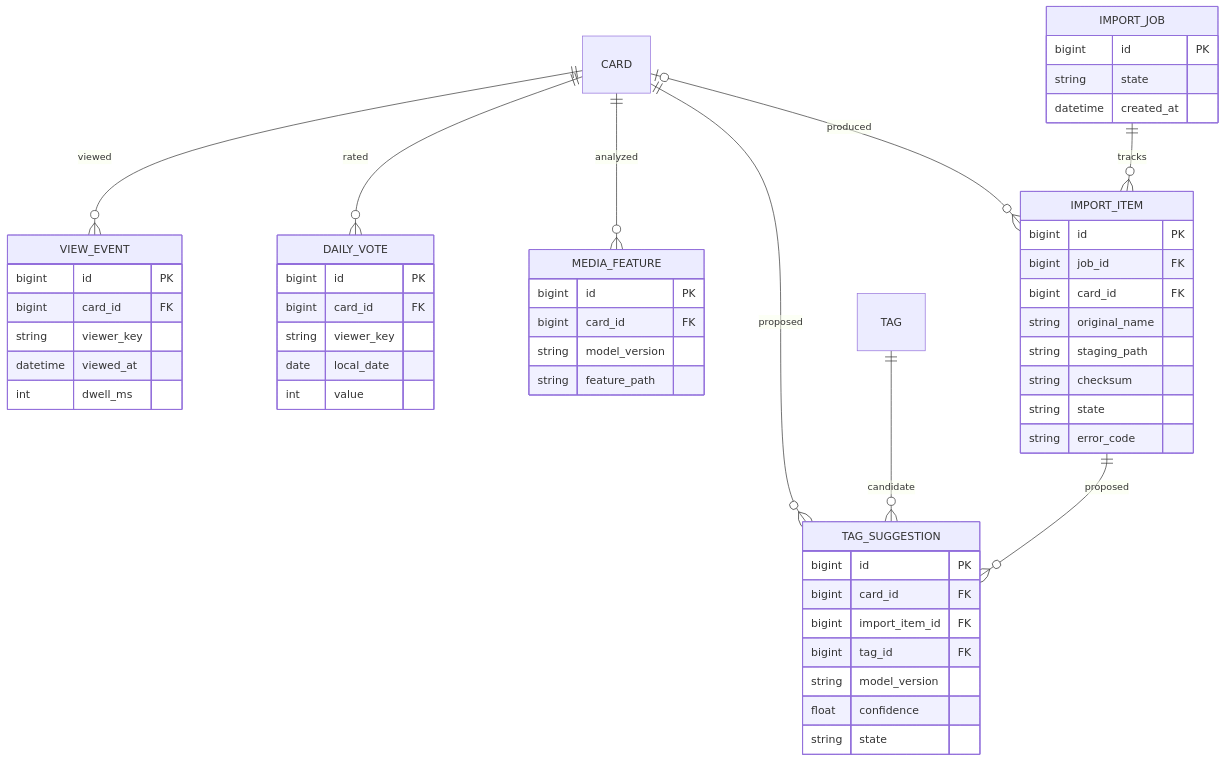
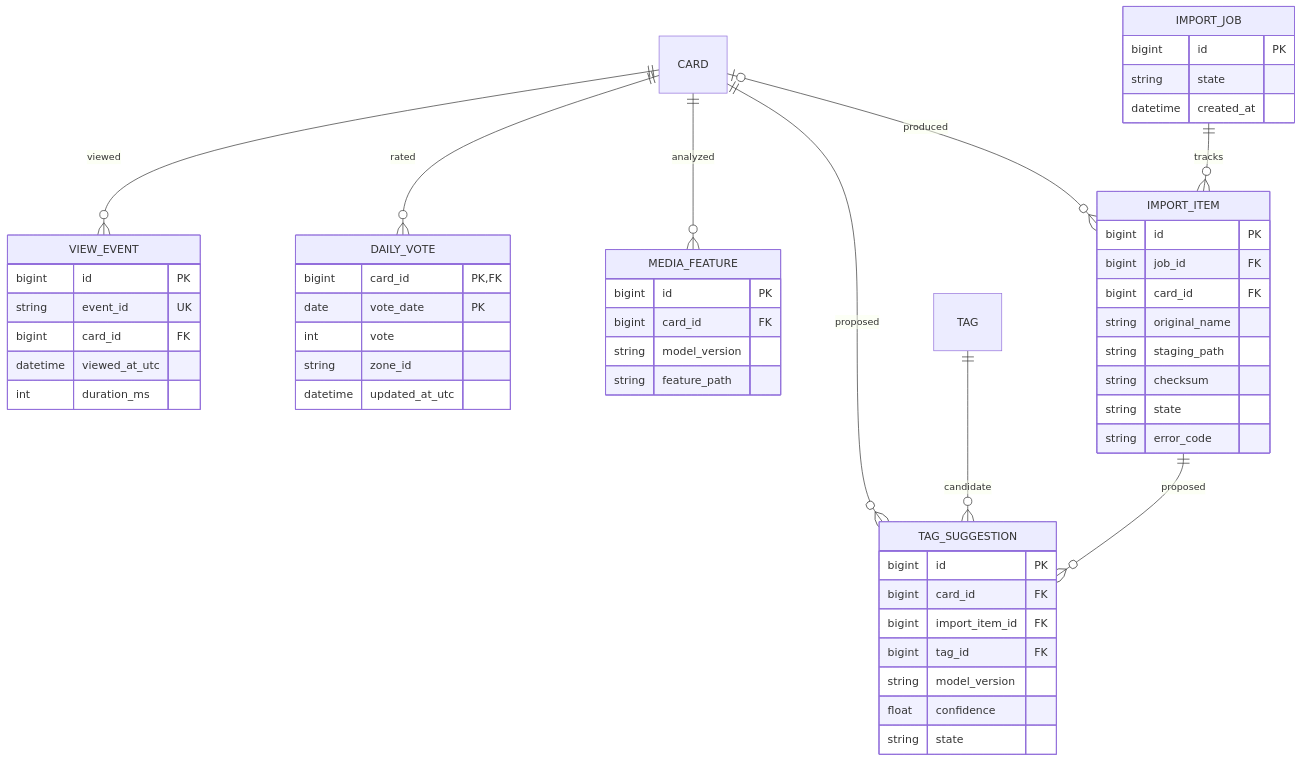
The fourth of 4 diagrams in docs/product-plan.md (cabinet-being/nodeck), drawn with Mermaid before and after one commit. The commit also changed other lines of this file and 1 other file, not shown here.

Commit message:
docs: record interest signal milestone

````diff
--- a/docs/product-plan.md
+++ b/docs/product-plan.md
@@ -224,56 +224,56 @@
 ```mermaid
 erDiagram
     CARD ||--o{ VIEW_EVENT : viewed
     CARD ||--o{ DAILY_VOTE : rated
     CARD ||--o{ MEDIA_FEATURE : analyzed
     CARD ||--o{ TAG_SUGGESTION : proposed
     IMPORT_ITEM ||--o{ TAG_SUGGESTION : proposed
     TAG ||--o{ TAG_SUGGESTION : candidate
     IMPORT_JOB ||--o{ IMPORT_ITEM : tracks
     CARD o|--o{ IMPORT_ITEM : produced
 
     VIEW_EVENT {
         bigint id PK
+        string event_id UK
         bigint card_id FK
-        string viewer_key
-        datetime viewed_at
-        int dwell_ms
+        datetime viewed_at_utc
+        int duration_ms
     }
     DAILY_VOTE {
-        bigint id PK
-        bigint card_id FK
-        string viewer_key
-        date local_date
-        int value
+        bigint card_id PK,FK
+        date vote_date PK
+        int vote
+        string zone_id
+        datetime updated_at_utc
     }
     MEDIA_FEATURE {
         bigint id PK
         bigint card_id FK
         string model_version
         string feature_path
     }
     TAG_SUGGESTION {
         bigint id PK
         bigint card_id FK
         bigint import_item_id FK
         bigint tag_id FK
         string model_version
         float confidence
         string state
     }
     IMPORT_JOB {
         bigint id PK
         string state
         datetime created_at
     }
     IMPORT_ITEM {
         bigint id PK
         bigint job_id FK
         bigint card_id FK
         string original_name
         string staging_path
         string checksum
         string state
         string error_code
     }
 ```
````
